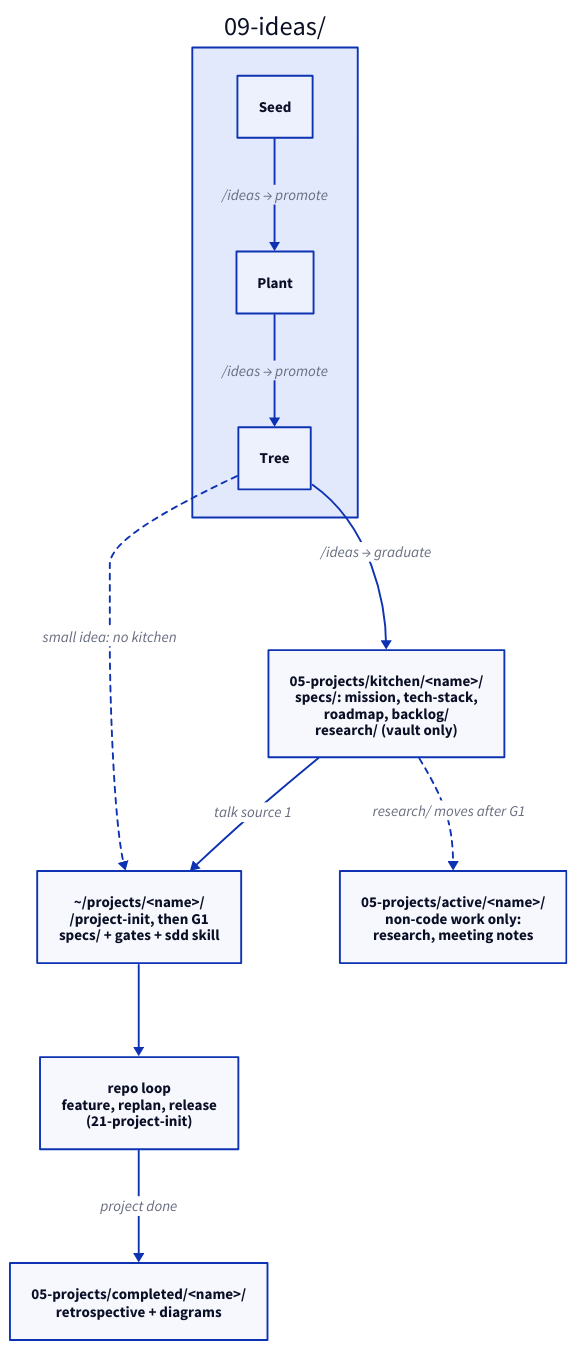
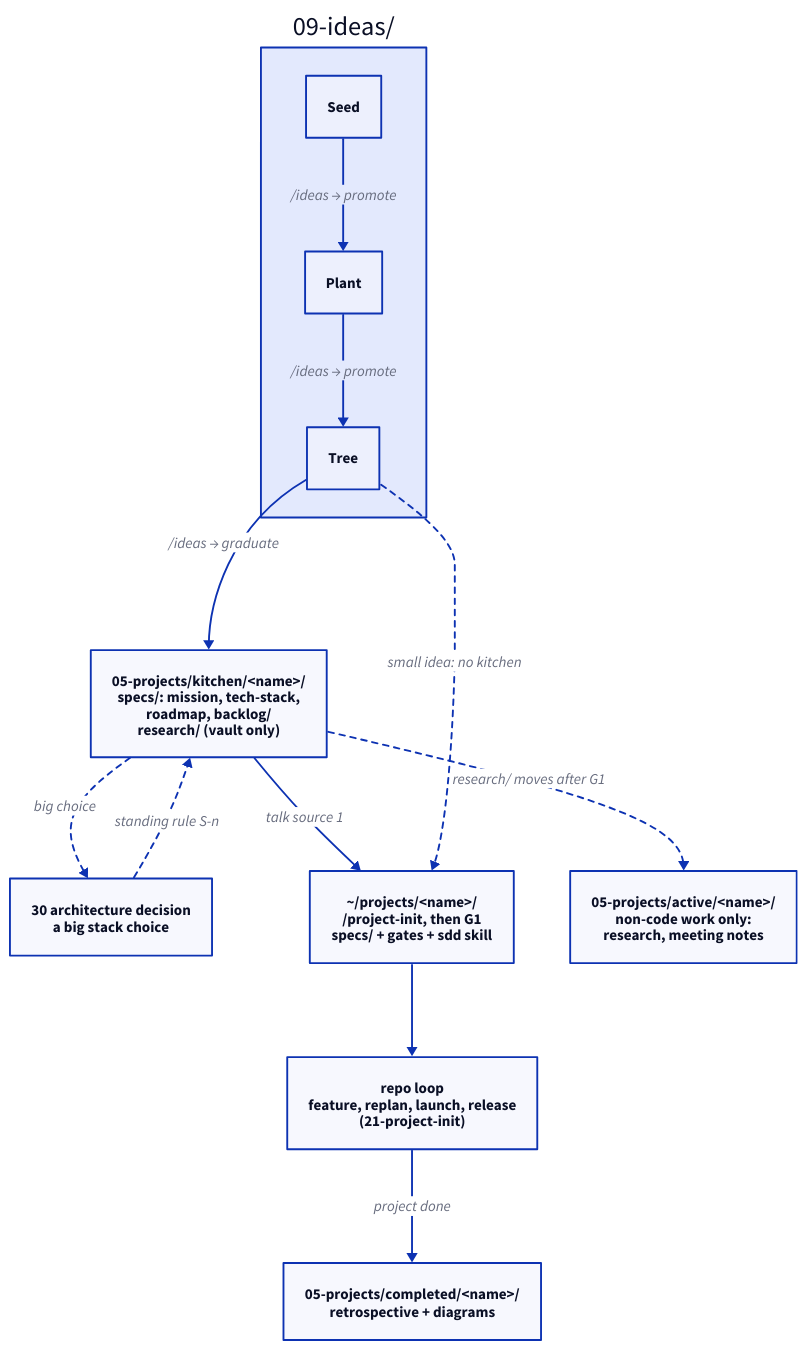
Before and after one commit to AlharbiAbdullah/personal-ai-system: the diagram in 11-workflows/01-project.md, drawn with D2. The commit also changed other lines of this file and 31 other files, not shown here.

````diff
--- a/11-workflows/01-project.md
+++ b/11-workflows/01-project.md
@@ -9,23 +9,26 @@
 ```d2
 direction: down
 
 ideas: "09-ideas/" {
   seed: "Seed"
   plant: "Plant"
   tree: "Tree"
   seed -> plant -> tree: "/ideas → promote"
 }
 
 kitchen: "05-projects/kitchen/<name>/\nspecs/: mission, tech-stack,\nroadmap, backlog/\nresearch/ (vault only)"
+decision: "30 architecture decision\na big stack choice"
 repo: "~/projects/<name>/\n/project-init, then G1\nspecs/ + gates + sdd skill"
-loop: "repo loop\nfeature, replan, release\n(21-project-init)"
+loop: "repo loop\nfeature, replan, launch, release\n(21-project-init)"
 active: "05-projects/active/<name>/\nnon-code work only:\nresearch, meeting notes"
 completed: "05-projects/completed/<name>/\nretrospective + diagrams"
 
 ideas.tree -> kitchen: "/ideas → graduate"
+kitchen -> decision: "big choice" {style.stroke-dash: 3}
+decision -> kitchen: "standing rule S-n" {style.stroke-dash: 3}
 kitchen -> repo: "talk source 1"
 ideas.tree -> repo: "small idea: no kitchen" {style.stroke-dash: 3}
 repo -> loop
 kitchen -> active: "research/ moves after G1" {style.stroke-dash: 3}
 loop -> completed: "project done"
 ```
````
